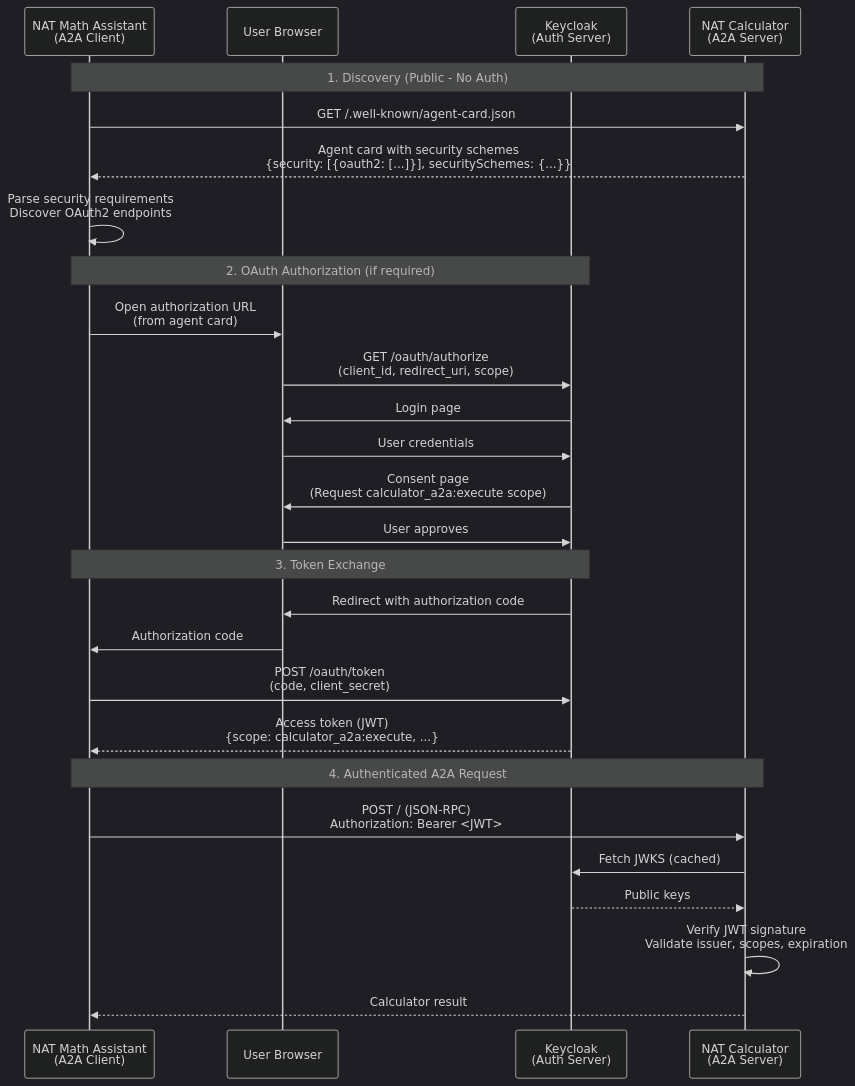
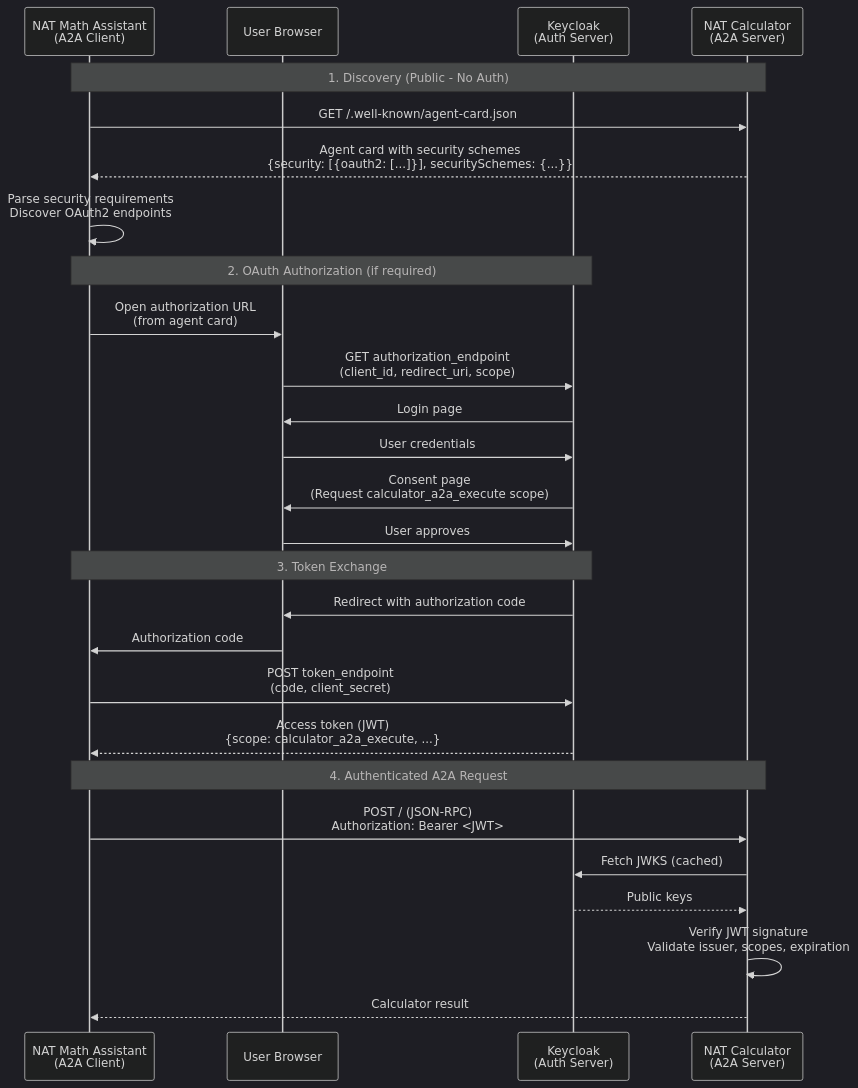
The second of 2 diagrams in examples/A2A/math_assistant_a2a/oauth2-keycloak-setup.md (NVIDIA/NeMo-Agent-Toolkit), drawn with Mermaid (dark theme) before and after one commit. The commit also changed other lines of this file and 3 other files, not shown here.

````diff
--- a/examples/A2A/math_assistant_a2a/oauth2-keycloak-setup.md
+++ b/examples/A2A/math_assistant_a2a/oauth2-keycloak-setup.md
@@ -89,33 +89,33 @@
 ```mermaid
 sequenceDiagram
     participant Client as NAT Math Assistant<br/>(A2A Client)
     participant Browser as User Browser
     participant AuthServer as Keycloak<br/>(Auth Server)
     participant Resource as NAT Calculator<br/>(A2A Server)
 
     Note over Client,Resource: 1. Discovery (Public - No Auth)
     Client->>Resource: GET /.well-known/agent-card.json
     Resource-->>Client: Agent card with security schemes<br/>{security: [{oauth2: [...]}], securitySchemes: {...}}
     Client->>Client: Parse security requirements<br/>Discover OAuth2 endpoints
 
     Note over Client,AuthServer: 2. OAuth Authorization (if required)
     Client->>Browser: Open authorization URL<br/>(from agent card)
-    Browser->>AuthServer: GET /oauth/authorize<br/>(client_id, redirect_uri, scope)
+    Browser->>AuthServer: GET authorization_endpoint<br/>(client_id, redirect_uri, scope)
     AuthServer->>Browser: Login page
     Browser->>AuthServer: User credentials
-    AuthServer->>Browser: Consent page<br/>(Request calculator_a2a:execute scope)
+    AuthServer->>Browser: Consent page<br/>(Request calculator_a2a_execute scope)
     Browser->>AuthServer: User approves
 
     Note over Client,AuthServer: 3. Token Exchange
     AuthServer->>Browser: Redirect with authorization code
     Browser->>Client: Authorization code
-    Client->>AuthServer: POST /oauth/token<br/>(code, client_secret)
-    AuthServer-->>Client: Access token (JWT)<br/>{scope: calculator_a2a:execute, ...}
+    Client->>AuthServer: POST token_endpoint<br/>(code, client_secret)
+    AuthServer-->>Client: Access token (JWT)<br/>{scope: calculator_a2a_execute, ...}
 
     Note over Client,Resource: 4. Authenticated A2A Request
     Client->>Resource: POST / (JSON-RPC)<br/>Authorization: Bearer <JWT>
     Resource->>AuthServer: Fetch JWKS (cached)
     AuthServer-->>Resource: Public keys
     Resource->>Resource: Verify JWT signature<br/>Validate issuer, scopes, expiration
     Resource-->>Client: Calculator result
 ```
````
